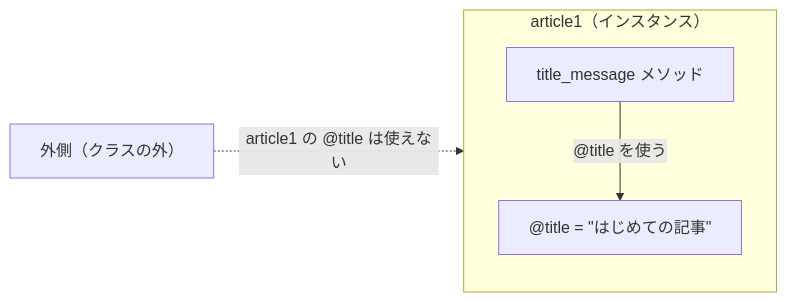
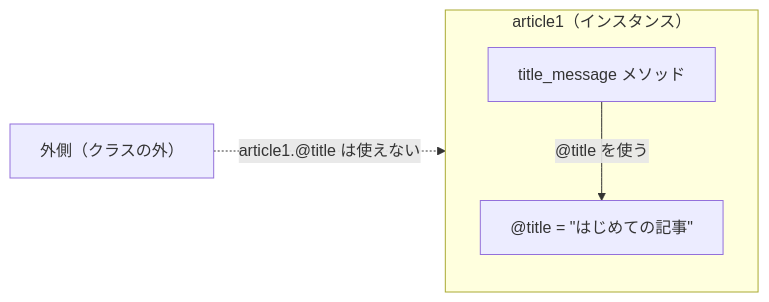
The second of 2 diagrams in 08/orientation.md (TORIFUKUKaiou/rails-dojo-year1-content), drawn with Mermaid before and after one commit.

Commit message:
Revert accessibility description in Mermaid diagram to original 'article1.@title は使えない'

````diff
--- a/08/orientation.md
+++ b/08/orientation.md
@@ -178,9 +178,9 @@
 ```mermaid
 flowchart LR
   subgraph article1 ["article1（インスタンス）"]
     direction TB
     V["@title = &quot;はじめての記事&quot;"]
     M["title_message メソッド"] -- "@title を使う" --> V
   end
-  OUT["外側（クラスの外）"] -. "article1 の @title は使えない" .-> V
+  OUT["外側（クラスの外）"] -. "article1.@title は使えない" .-> V
 ```
````
